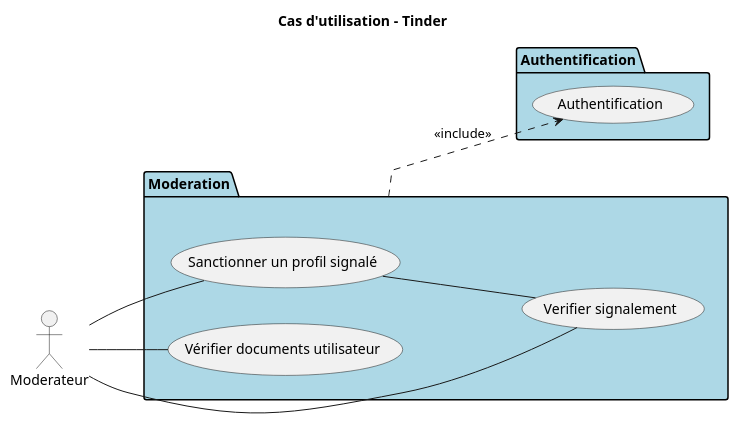
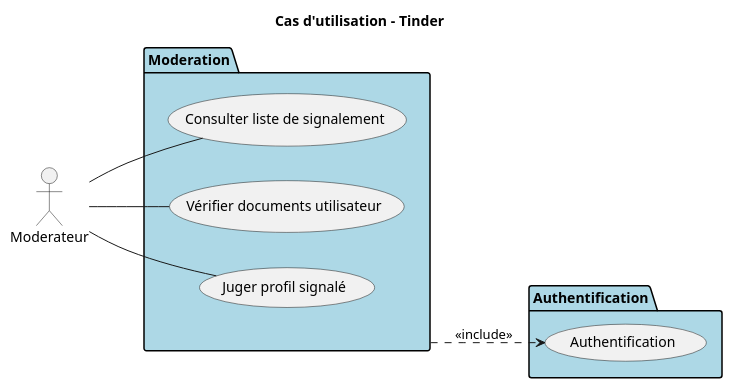
The diagram in src/Projet_Tinder_Cas_Utilisation_Moderation.puml (MinaroliCorentin/PSO), drawn with PlantUML before and after one commit. The commit also changed 1 other file, not shown here.

```diff
--- a/src/Projet_Tinder_Cas_Utilisation_Moderation.puml
+++ b/src/Projet_Tinder_Cas_Utilisation_Moderation.puml
@@ -1,31 +1,28 @@
 @startuml
 
 left to right direction
 title Cas d'utilisation - Tinder
 
 actor Moderateur
 
-
 package "Moderation" #LightBlue {
 
-    usecase "Sanctionner un profil signalé" as mod_bloquer
+    usecase "Consulter liste de signalement" as mod_liste
     usecase "Vérifier documents utilisateur" as mod_verif_docs
-    usecase "Verifier signalement" as mod_verif_signal
+    usecase "Juger profil signalé" as mod_profil_juge
 
-    Moderateur -- mod_bloquer
+    Moderateur -- mod_liste
     Moderateur -- mod_verif_docs
-    Moderateur -- mod_verif_signal
-
-    mod_bloquer -- mod_verif_signal
+    Moderateur -- mod_profil_juge
 
 }
 
 package "Authentification" #LightBlue {
 
     usecase "Authentification" as auth
 
 }
 
 "Moderation" ..> auth : <<include>>
 
 @enduml
```
